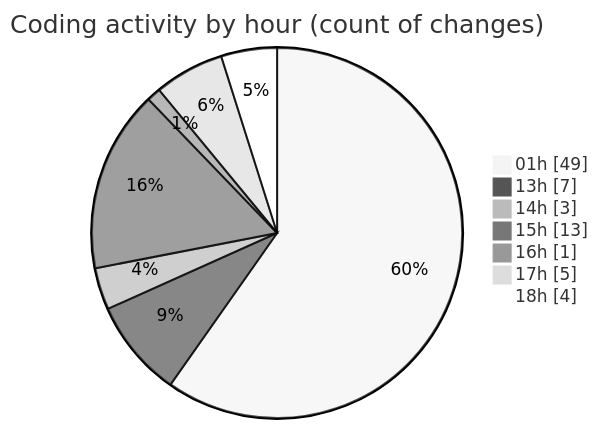
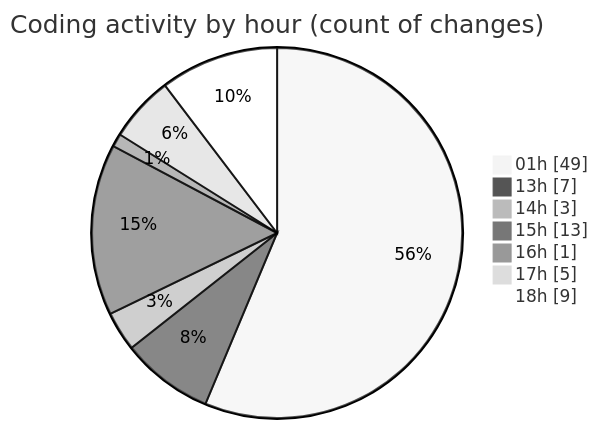
The second of 2 diagrams in 2025-09-02/quanlylink/README.md (lephambinh05/code-tracking), drawn with Mermaid (neutral theme) before and after one commit. The commit also changed other lines of this file and 1 other file, not shown here.

````diff
--- a/2025-09-02/quanlylink/README.md
+++ b/2025-09-02/quanlylink/README.md
@@ -61,11 +62,11 @@
 ```mermaid
 pie showData
 title Coding activity by hour (count of changes)
 "01h" : 49
 "13h" : 7
 "14h" : 3
 "15h" : 13
 "16h" : 1
 "17h" : 5
-"18h" : 4
+"18h" : 9
 ```
````
